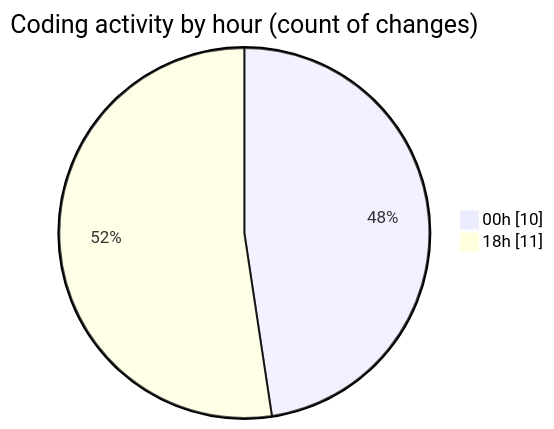
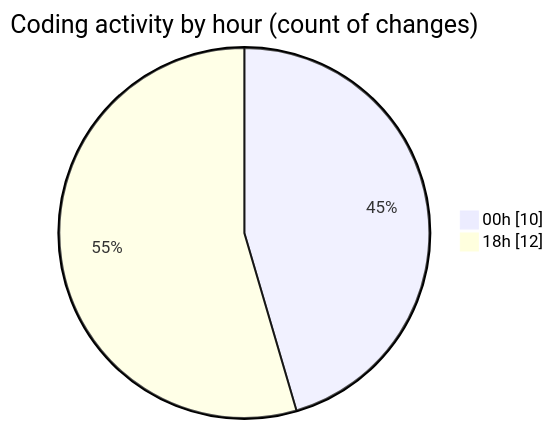
The second of 2 diagrams in 2025-05-27/minisocialnetwork/README.md (NitaiMahat/code-tracking), drawn with Mermaid before and after one commit. The commit also changed other lines of this file and 1 other file, not shown here.

````diff
--- a/2025-05-27/minisocialnetwork/README.md
+++ b/2025-05-27/minisocialnetwork/README.md
@@ -39,6 +39,6 @@
 ```mermaid
 pie showData
 title Coding activity by hour (count of changes)
 "00h" : 10
-"18h" : 11
+"18h" : 12
 ```
````
